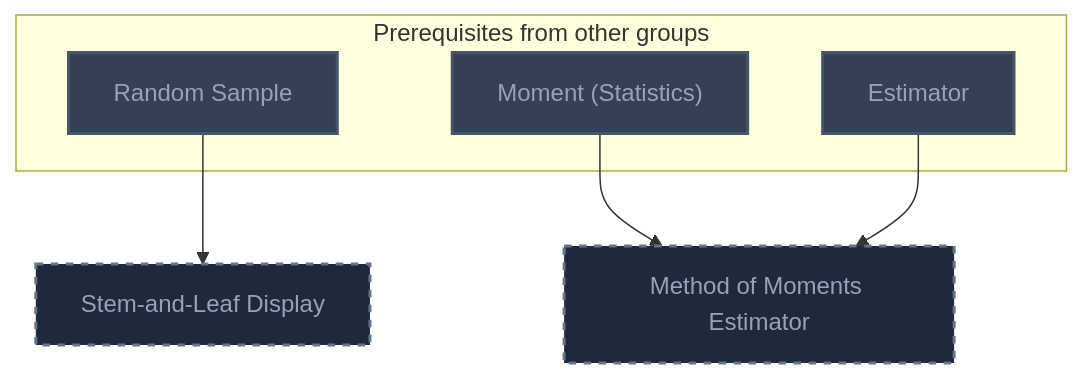
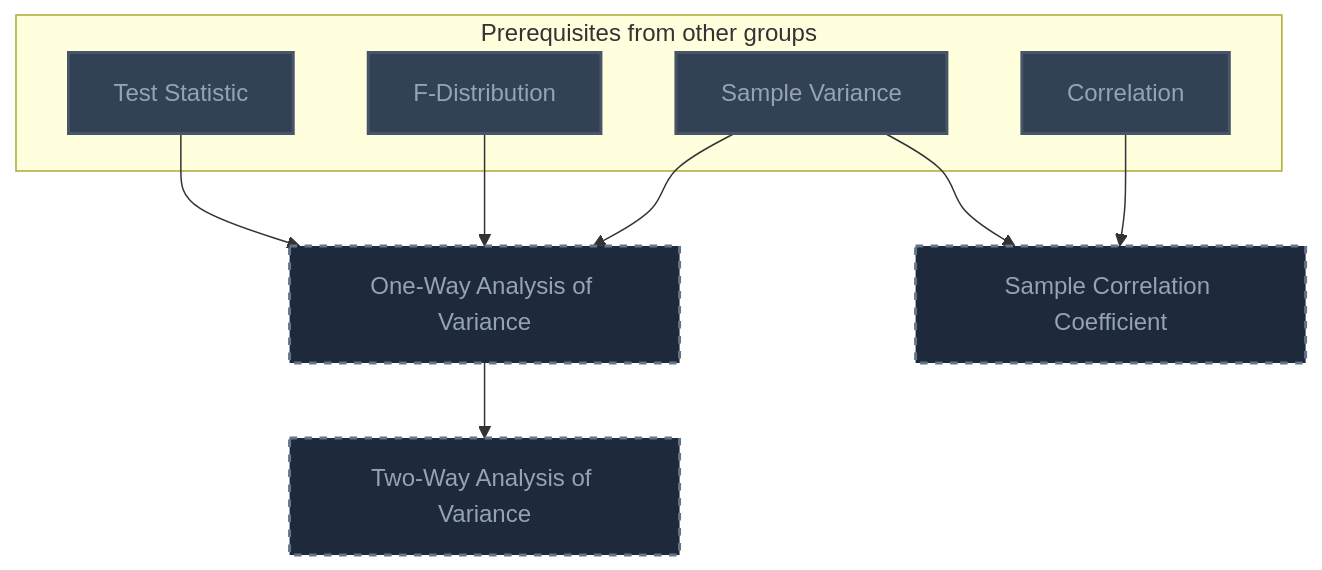
One commit to MRauf1/My-Notes changed the ninth of 11 diagrams in Gamification/Skill Trees/Mathematical Statistics.md. Above: the diagram before and after it, drawn with Mermaid. The commit also changed other lines of this file and 62 other files, not shown here.

````diff
--- a/Gamification/Skill Trees/Mathematical Statistics.md
+++ b/Gamification/Skill Trees/Mathematical Statistics.md
@@ -1194,25 +1075,30 @@
 ```mermaid
 flowchart TD
     classDef planned fill:#1E293B,stroke:#64748B,stroke-width:2px,stroke-dasharray:5 5,color:#94A3B8;
     classDef locked fill:#334155,stroke:#475569,stroke-width:2px,color:#94A3B8;
     classDef L0 fill:#F1F5F9,stroke:#94A3B8,stroke-width:2px,color:#000000;
     classDef L1 fill:#22C55E,stroke:#15803D,stroke-width:2px,color:#000000;
     classDef L2 fill:#3B82F6,stroke:#1D4ED8,stroke-width:3px,color:#FFFFFF;
     classDef L3 fill:#A855F7,stroke:#6B21A8,stroke-width:3px,color:#FFFFFF,font-weight:bold;
     classDef L4 fill:#F97316,stroke:#C2410C,stroke-width:4px,color:#000000,font-weight:bold;
     classDef L5 fill:#FFD700,stroke:#FF8C00,stroke-width:5px,color:#000000,font-weight:bold;
     classDef rusty stroke:#8B4513,stroke-width:4px,stroke-dasharray:3 3;
     subgraph sg_prereqs["Prerequisites from other groups"]
-        n_random_sample["Random Sample"]
-        n_moment_statistics["Moment (Statistics)"]
-        n_estimator["Estimator"]
+        n_sample_variance["Sample Variance"]
+        n_f_distribution["F-Distribution"]
+        n_test_statistic["Test Statistic"]
+        n_correlation["Correlation"]
     end
-    n_stem_and_leaf_display["Stem-and-Leaf Display"]
-    n_method_of_moments_estimator["Method of Moments Estimator"]
-    n_random_sample --> n_stem_and_leaf_display
-    n_moment_statistics --> n_method_of_moments_estimator
-    n_estimator --> n_method_of_moments_estimator
-    class n_stem_and_leaf_display,n_method_of_moments_estimator planned;
-    class n_random_sample,n_moment_statistics,n_estimator locked;
-    class n_random_sample,n_moment_statistics,n_estimator internal-link;
+    n_one_way_analysis_of_variance["One-Way Analysis of Variance"]
+    n_two_way_analysis_of_variance["Two-Way Analysis of Variance"]
+    n_sample_correlation_coefficient["Sample Correlation Coefficient"]
+    n_sample_variance --> n_one_way_analysis_of_variance
+    n_f_distribution --> n_one_way_analysis_of_variance
+    n_test_statistic --> n_one_way_analysis_of_variance
+    n_one_way_analysis_of_variance --> n_two_way_analysis_of_variance
+    n_correlation --> n_sample_correlation_coefficient
+    n_sample_variance --> n_sample_correlation_coefficient
+    class n_one_way_analysis_of_variance,n_two_way_analysis_of_variance,n_sample_correlation_coefficient planned;
+    class n_sample_variance,n_f_distribution,n_test_statistic,n_correlation locked;
+    class n_sample_variance,n_f_distribution,n_test_statistic,n_correlation internal-link;
 ```
````
